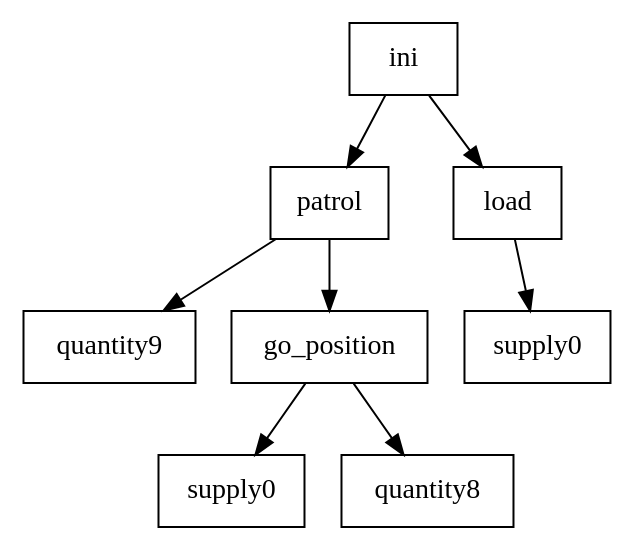
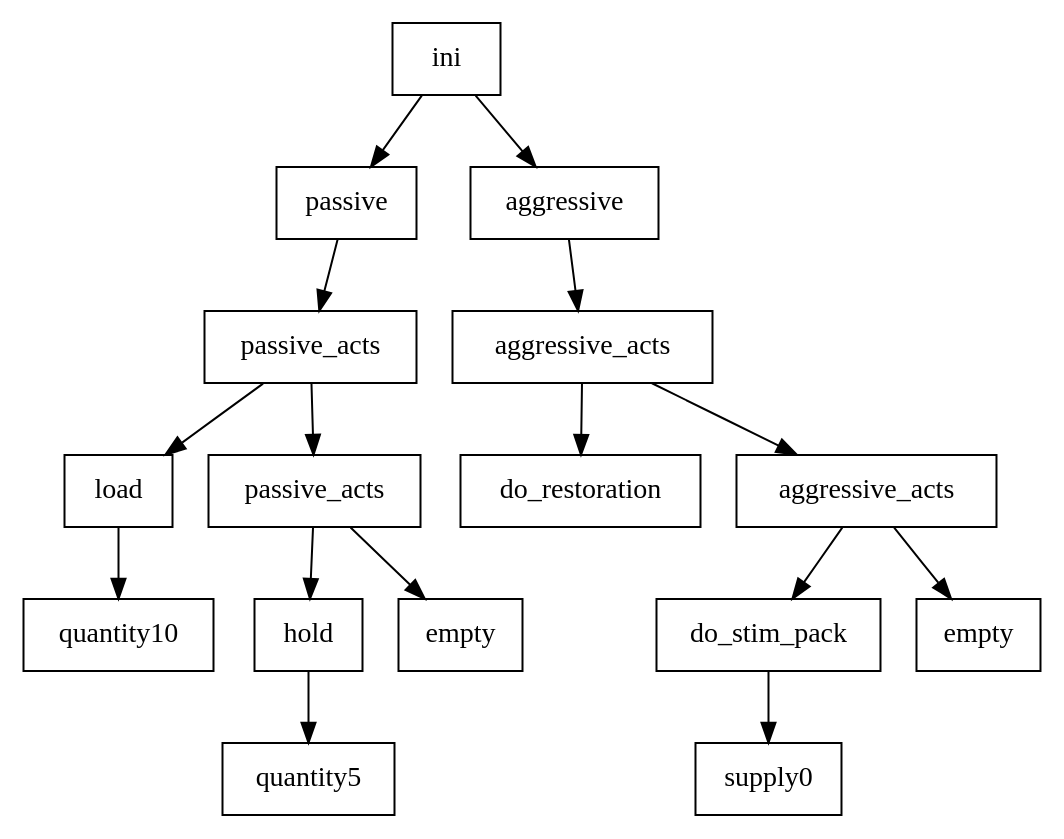
One commit to cryogenic-dreams/StarCraft-GPBot changed the diagram in GPBot/file2.dot. Above: the diagram before and after it, drawn with Graphviz. The commit also changed 20 other files, not shown here.

```diff
--- a/GPBot/file2.dot
+++ b/GPBot/file2.dot
@@ -1,19 +1,35 @@
 digraph g {
 graph [ordering=out];
 node [shape=rectangle];
 n[label = "ini"];
-n0[label = "patrol"];
-n00[label = "quantity9"];
+n0[label = "passive"];
+n00[label = "passive_acts"];
+n000[label = "load"];
+n0000[label = "quantity10"];
+n000 -> n0000;
+n00 -> n000;
+n001[label = "passive_acts"];
+n0010[label = "hold"];
+n00100[label = "quantity5"];
+n0010 -> n00100;
+n001 -> n0010;
+n0011[label = "empty"];
+n001 -> n0011;
+n00 -> n001;
 n0 -> n00;
-n01[label = "go_position"];
-n010[label = "supply0"];
-n01 -> n010;
-n011[label = "quantity8"];
-n01 -> n011;
-n0 -> n01;
 n -> n0;
-n1[label = "load"];
-n10[label = "supply0"];
+n1[label = "aggressive"];
+n10[label = "aggressive_acts"];
+n100[label = "do_restoration"];
+n10 -> n100;
+n101[label = "aggressive_acts"];
+n1010[label = "do_stim_pack"];
+n10100[label = "supply0"];
+n1010 -> n10100;
+n101 -> n1010;
+n1011[label = "empty"];
+n101 -> n1011;
+n10 -> n101;
 n1 -> n10;
 n -> n1;
 }
```
